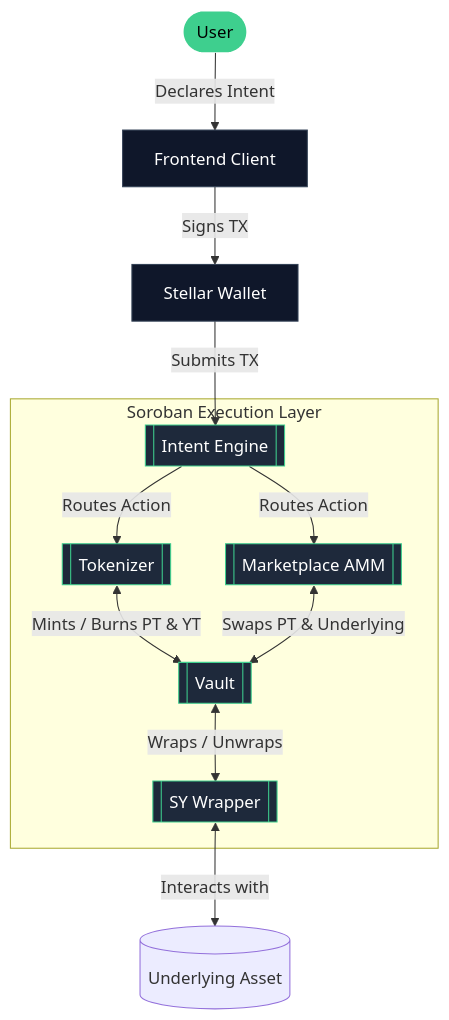
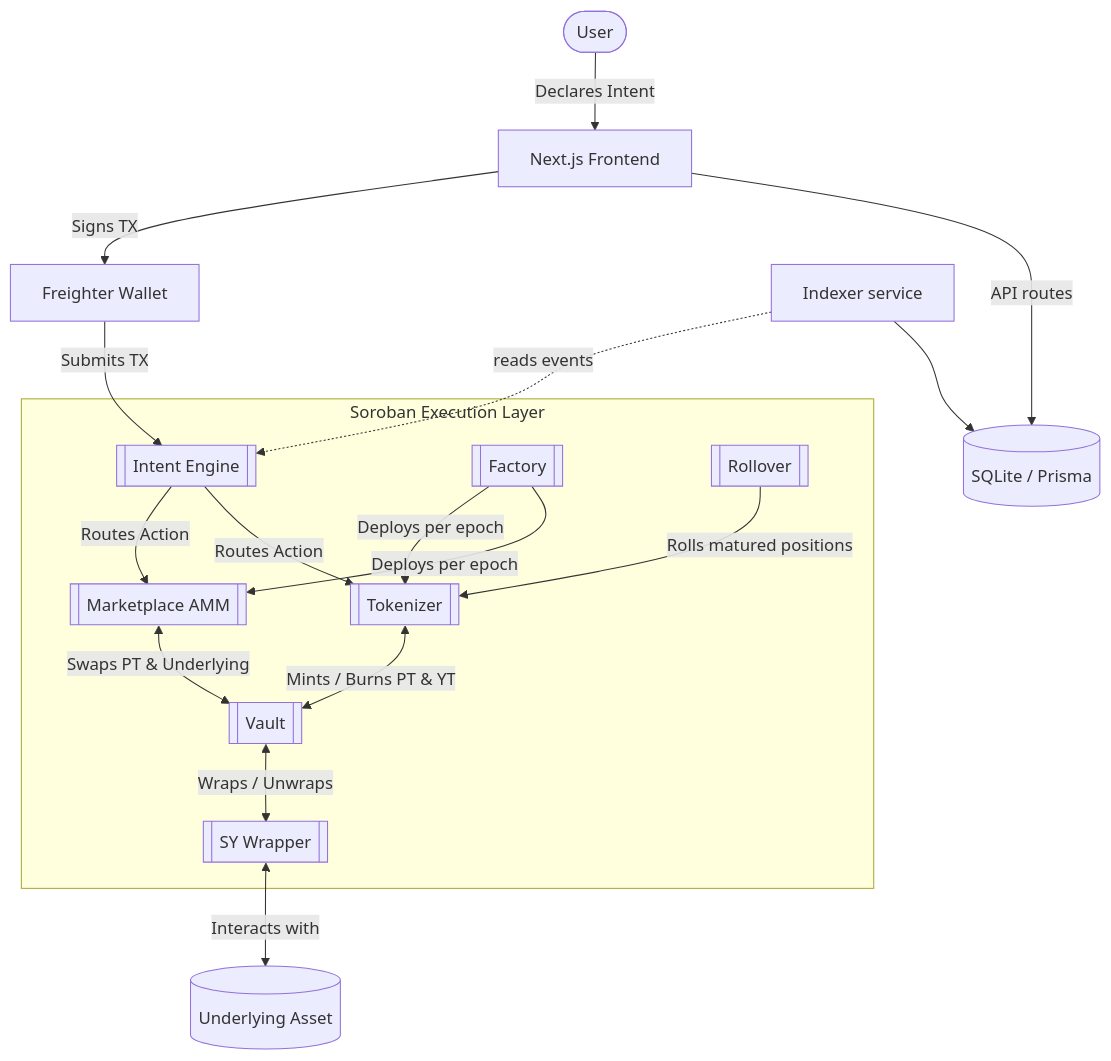
The diagram in README.md (Novaire-tech/novaire-testnet), drawn with Mermaid before and after one commit. The commit also changed other lines of this file, not shown here.

````diff
--- a/README.md
+++ b/README.md
@@ -57,26 +60,24 @@
 ```mermaid
 flowchart TD
-    User([User]) --> |Declares Intent| Frontend[Frontend Client]
-    Frontend --> |Signs TX| Wallet[Stellar Wallet]
+    User([User]) --> |Declares Intent| Frontend[Next.js Frontend]
+    Frontend --> |Signs TX| Wallet[Freighter Wallet]
     Wallet --> |Submits TX| IntentEngine[[Intent Engine]]
-    
+
     subgraph Soroban Execution Layer
         IntentEngine --> |Routes Action| Marketplace[[Marketplace AMM]]
         IntentEngine --> |Routes Action| Tokenizer[[Tokenizer]]
-        
+        Factory[[Factory]] --> |Deploys per epoch| Tokenizer
+        Factory --> |Deploys per epoch| Marketplace
+
         Tokenizer <--> |Mints / Burns PT & YT| Vault[[Vault]]
         Marketplace <--> |Swaps PT & Underlying| Vault
-        
         Vault <--> |Wraps / Unwraps| SYWrapper[[SY Wrapper]]
+        Rollover[[Rollover]] --> |Rolls matured positions| Tokenizer
     end
-    
+
     SYWrapper <--> |Interacts with| Asset[(Underlying Asset)]
-    
-    classDef contract fill:#1E293B,stroke:#3ECF8E,stroke-width:1px,color:#fff;
-    classDef component fill:#0F172A,stroke:#334155,stroke-width:1px,color:#fff;
-    classDef actor fill:#3ECF8E,stroke:none,color:#000;
-    
-    class User actor;
-    class Frontend,Wallet component;
-    class IntentEngine,Marketplace,Tokenizer,Vault,SYWrapper contract;
+
+    Indexer[Indexer service] -. reads events .-> IntentEngine
+    Indexer --> DB[(SQLite / Prisma)]
+    Frontend --> |API routes| DB
 ```
````
